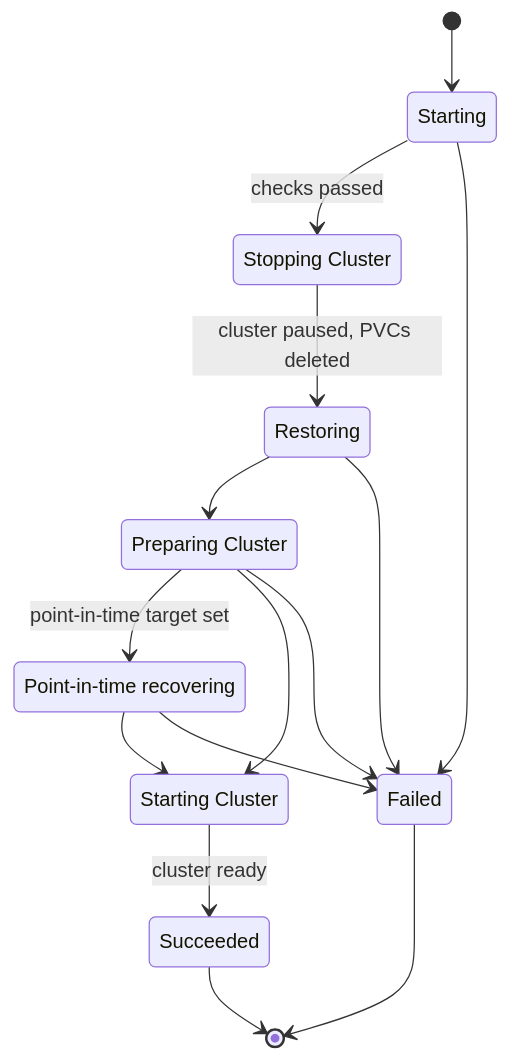
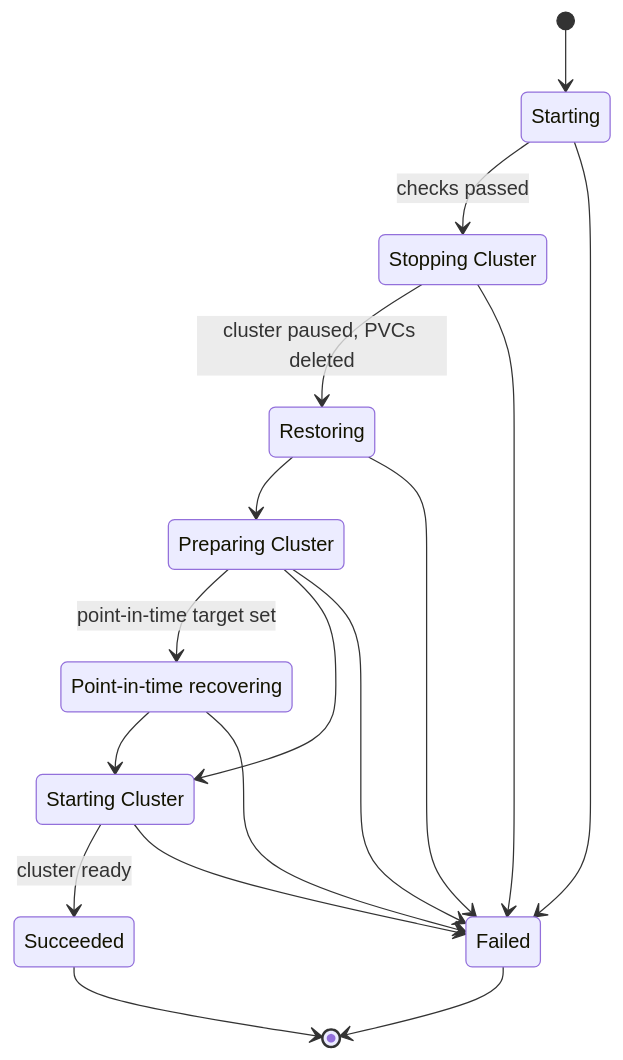
One commit to percona/k8spxc-docs changed the fourth of 5 diagrams in docs/architecture-workflows.md. Above: the diagram before and after it, drawn with Mermaid. The commit also changed other lines of this file and 4 other files, not shown here.

````diff
--- a/docs/architecture-workflows.md
+++ b/docs/architecture-workflows.md
@@ -146,23 +147,25 @@
 ```mermaid
 stateDiagram-v2
   state "Starting" as Starting
   state "Stopping Cluster" as Stopping
   state "Restoring" as Restoring
   state "Preparing Cluster" as Preparing
   state "Point-in-time recovering" as PITR
   state "Starting Cluster" as StartingCluster
   [*] --> Starting
   Starting --> Stopping: checks passed
   Stopping --> Restoring: cluster paused, PVCs deleted
   Restoring --> Preparing
   Preparing --> PITR: point-in-time target set
   Preparing --> StartingCluster
   PITR --> StartingCluster
   StartingCluster --> Succeeded: cluster ready
   Succeeded --> [*]
   Starting --> Failed
+  Stopping --> Failed
   Restoring --> Failed
   Preparing --> Failed
   PITR --> Failed
+  StartingCluster --> Failed
   Failed --> [*]
 ```
````
